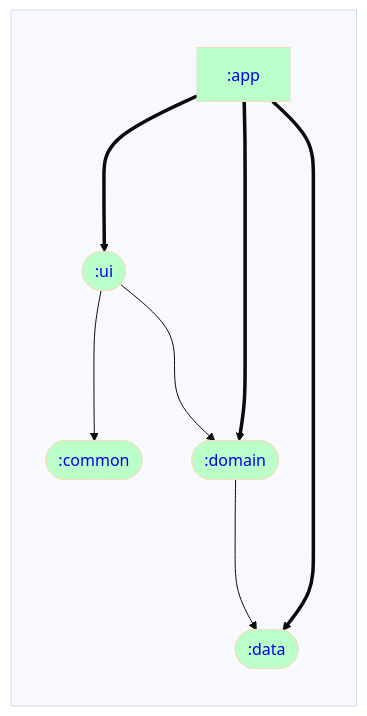
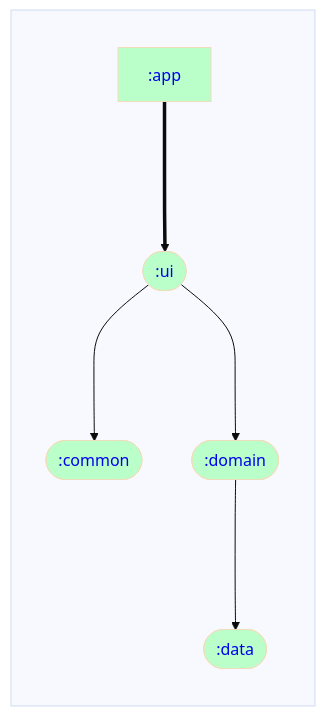
The diagram in app/dependencyGraph.md (ARES-ID/Daedalus), drawn with Mermaid before and after one commit. The commit also changed 8 other files, not shown here.

````diff
--- a/app/dependencyGraph.md
+++ b/app/dependencyGraph.md
@@ -1,30 +1,28 @@
 ```mermaid
 %%{ init: { 'theme': 'base' } }%%
 graph LR;
 
 %% Styling for module nodes by type
 classDef rootNode stroke-width:4px;
 classDef mppNode fill:#ffd2b3,color:#333333;
 classDef andNode fill:#baffc9,color:#333333;
 classDef javaNode fill:#ffb3ba,color:#333333;
 
 %% Modules
 subgraph  
   direction TB;
   :app[<a href='https://github.com/rjspies/Daedalus/blob/main/app/dependencyGraph.md' style='text-decoration:auto'>:app</a>]:::andNode;
   :common([<a href='https://github.com/rjspies/Daedalus/blob/main/common/dependencyGraph.md' style='text-decoration:auto'>:common</a>]):::andNode;
   :data([<a href='https://github.com/rjspies/Daedalus/blob/main/data/dependencyGraph.md' style='text-decoration:auto'>:data</a>]):::andNode;
   :domain([<a href='https://github.com/rjspies/Daedalus/blob/main/domain/dependencyGraph.md' style='text-decoration:auto'>:domain</a>]):::andNode;
   :ui([<a href='https://github.com/rjspies/Daedalus/blob/main/ui/dependencyGraph.md' style='text-decoration:auto'>:ui</a>]):::andNode;
 end
 
 %% Dependencies
 :app===>:ui
-:app===>:domain
-:app===>:data
 :ui--->:common
 :ui--->:domain
 :domain--->:data
 
 %% Dependents
 ```
````
